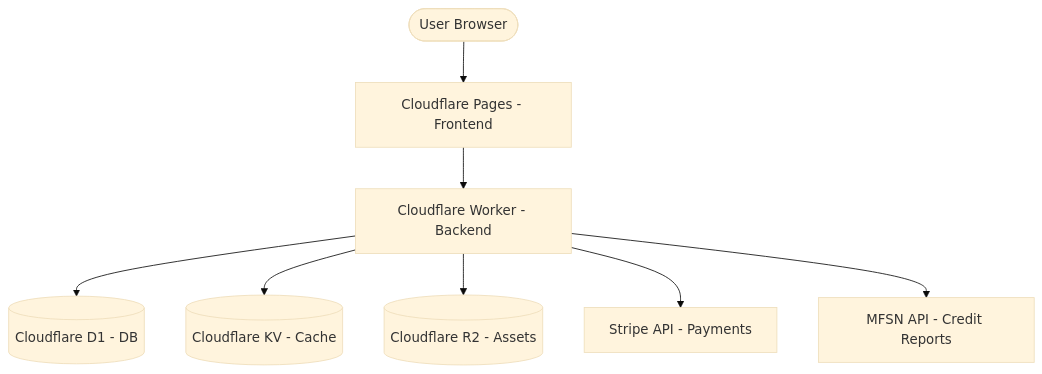
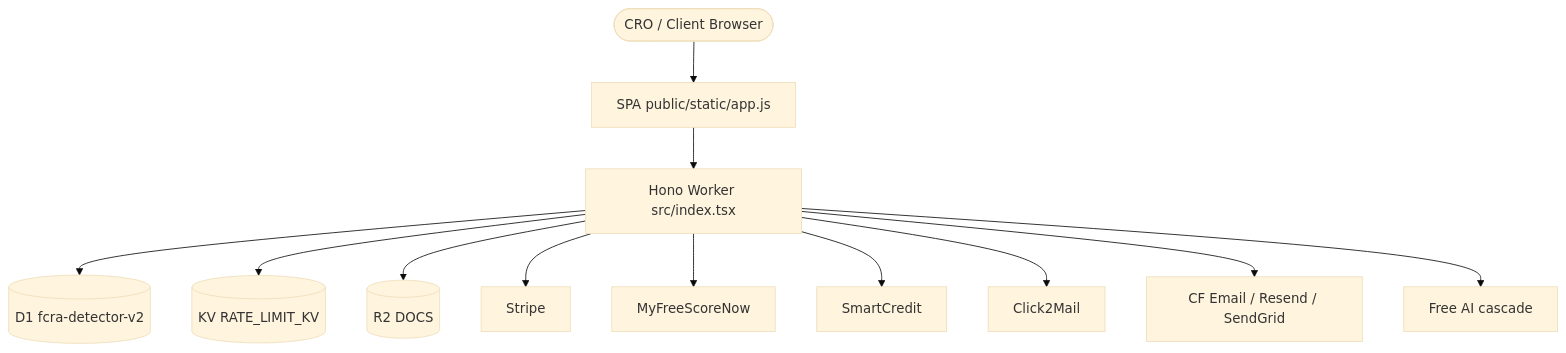
The diagram in docs/ARCHITECTURE.md (rjbizsolution23-wq/smart-FCRA), drawn with Mermaid (base theme) before and after one commit. The commit also changed other lines of this file and 11 other files, not shown here.

````diff
--- a/docs/ARCHITECTURE.md
+++ b/docs/ARCHITECTURE.md
@@ -7,10 +12,14 @@
 ```mermaid
 graph TD
-    User([User Browser]) --> CF_Pages[Cloudflare Pages - Frontend]
-    CF_Pages --> CF_Worker[Cloudflare Worker - Backend]
-    CF_Worker --> D1[(Cloudflare D1 - DB)]
-    CF_Worker --> KV[(Cloudflare KV - Cache)]
-    CF_Worker --> R2[(Cloudflare R2 - Assets)]
-    CF_Worker --> Stripe[Stripe API - Payments]
-    CF_Worker --> MFSN[MFSN API - Credit Reports]
+    User([CRO / Client Browser]) --> SPA[SPA public/static/app.js]
+    SPA --> Worker[Hono Worker src/index.tsx]
+    Worker --> D1[(D1 fcra-detector-v2)]
+    Worker --> KV[(KV RATE_LIMIT_KV)]
+    Worker --> R2[(R2 DOCS)]
+    Worker --> Stripe[Stripe]
+    Worker --> MFSN[MyFreeScoreNow]
+    Worker --> SC[SmartCredit]
+    Worker --> C2M[Click2Mail]
+    Worker --> Email[CF Email / Resend / SendGrid]
+    Worker --> AI[Free AI cascade]
 ```
````
